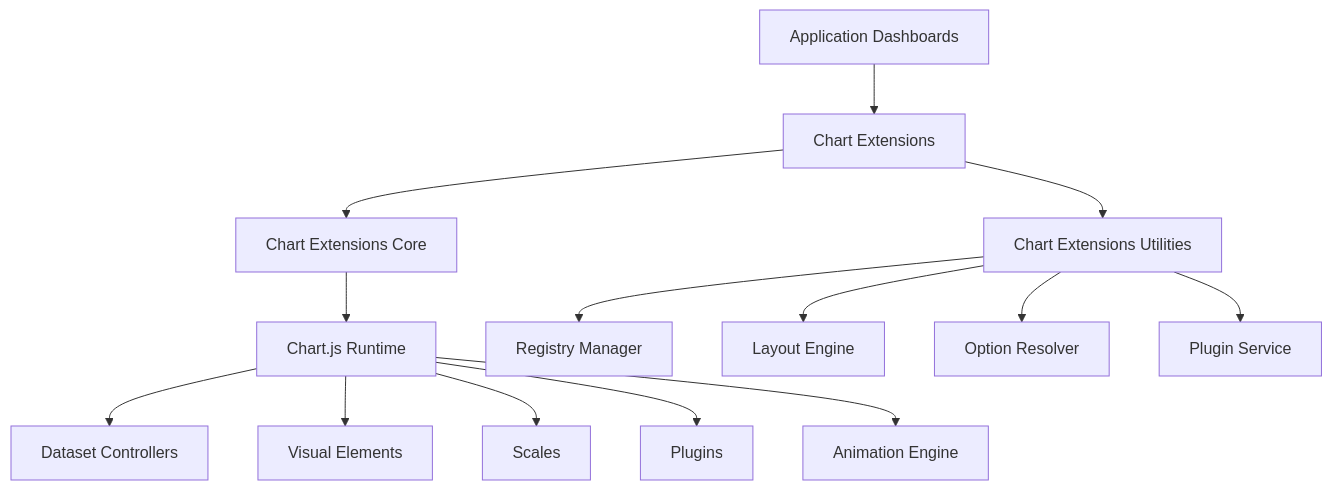
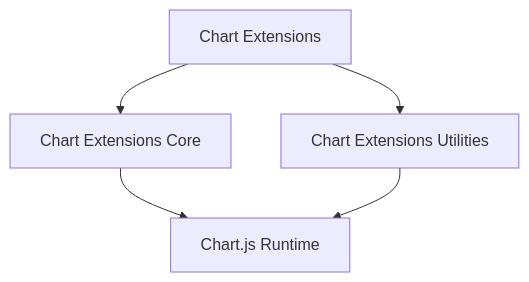
One commit to Ylianst/MeshCentral changed the diagram in docs/diagrams/architecture/chart-extensions.mmd. Above: the diagram before and after it, drawn with Mermaid. The commit also changed 642 other files, not shown here.

```diff
--- a/docs/diagrams/architecture/chart-extensions.mmd
+++ b/docs/diagrams/architecture/chart-extensions.mmd
@@ -1,16 +1,5 @@
 flowchart TD
-    UI["Application Dashboards"] --> Extensions["Chart Extensions"]
-    Extensions --> Core["Chart Extensions Core"]
+    Extensions["Chart Extensions"] --> Core["Chart Extensions Core"]
     Extensions --> Utilities["Chart Extensions Utilities"]
-
     Core --> Runtime["Chart.js Runtime"]
-    Runtime --> Controllers["Dataset Controllers"]
-    Runtime --> Elements["Visual Elements"]
-    Runtime --> Scales["Scales"]
-    Runtime --> Plugins["Plugins"]
-    Runtime --> Animator["Animation Engine"]
-
-    Utilities --> Registry["Registry Manager"]
-    Utilities --> Layout["Layout Engine"]
-    Utilities --> OptionResolver["Option Resolver"]
-    Utilities --> PluginService["Plugin Service"]
+    Utilities --> Runtime
```
